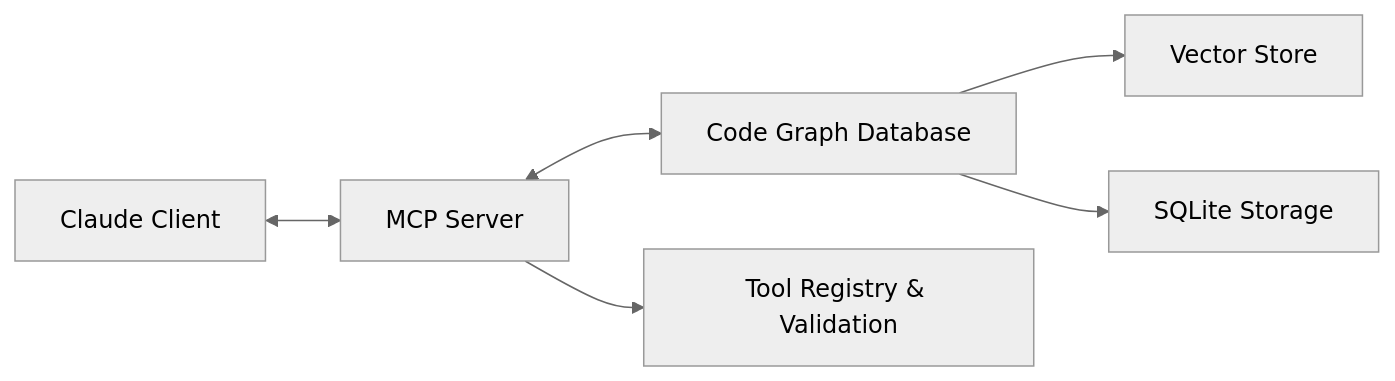
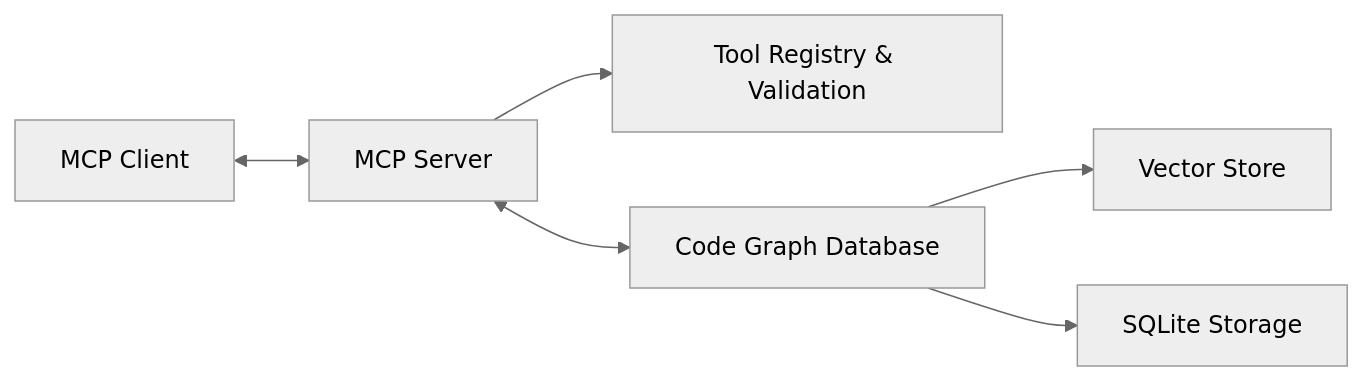
Before and after one commit to Zeeeepa/ultracode: the diagram in .memory_bank/architecture/mcp_integration.md, drawn with Mermaid (neutral theme). The commit also changed other lines of this file and 21 other files, not shown here.

````diff
--- a/.memory_bank/architecture/mcp_integration.md
+++ b/.memory_bank/architecture/mcp_integration.md
@@ -9,8 +9,8 @@
 ```mermaid
 graph LR
-    A[Claude Client] <--> B[MCP Server]
+    A[MCP Client] <--> B[MCP Server]
+    B --> D[Tool Registry & Validation]
     B <--> C[Code Graph Database]
-    B --> D[Tool Registry & Validation]
     C --> E[Vector Store]
     C --> F[SQLite Storage]
 ```
````
